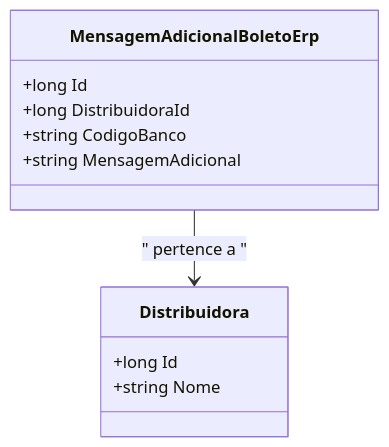
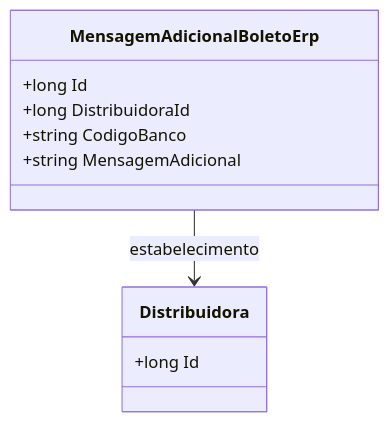
The diagram in docs/b2b-dominio/IsthmusWinthor.Nucleo/IsthmusWinthor.Dominio/Entidades/MensagemAdicionalBoletoErp.md (IsthmusSistemas/documentacao-tecnica), drawn with Mermaid before and after one commit. The commit also changed other lines of this file and 882 other files, not shown here.

````diff
--- a/docs/b2b-dominio/IsthmusWinthor.Nucleo/IsthmusWinthor.Dominio/Entidades/MensagemAdicionalBoletoErp.md
+++ b/docs/b2b-dominio/IsthmusWinthor.Nucleo/IsthmusWinthor.Dominio/Entidades/MensagemAdicionalBoletoErp.md
@@ -21,16 +22,14 @@
 ```mermaid
 classDiagram
     class MensagemAdicionalBoletoErp {
         +long Id
         +long DistribuidoraId
         +string CodigoBanco
         +string MensagemAdicional
     }
-
     class Distribuidora {
         +long Id
-        +string Nome
     }
-
-    MensagemAdicionalBoletoErp --> Distribuidora : " pertence a "
+    
+    MensagemAdicionalBoletoErp --> Distribuidora : estabelecimento
 ```
````
